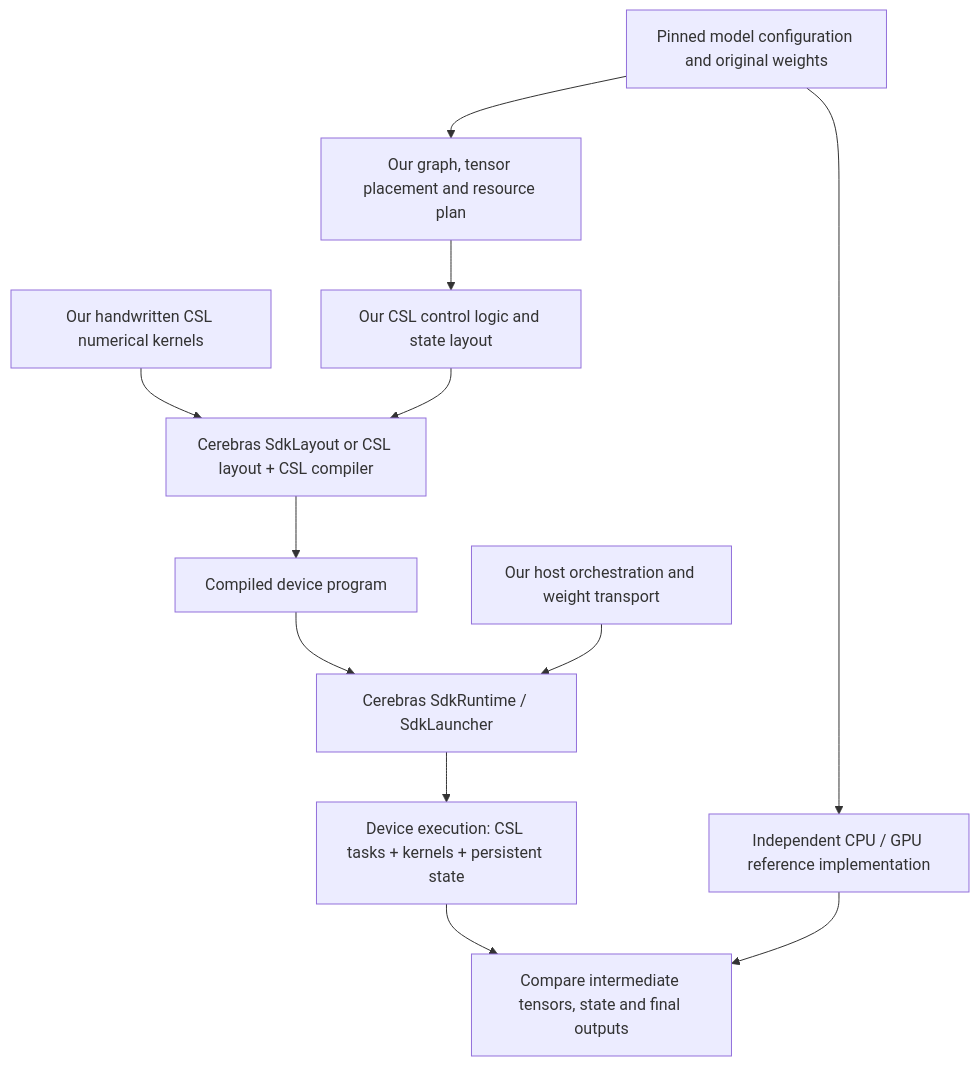
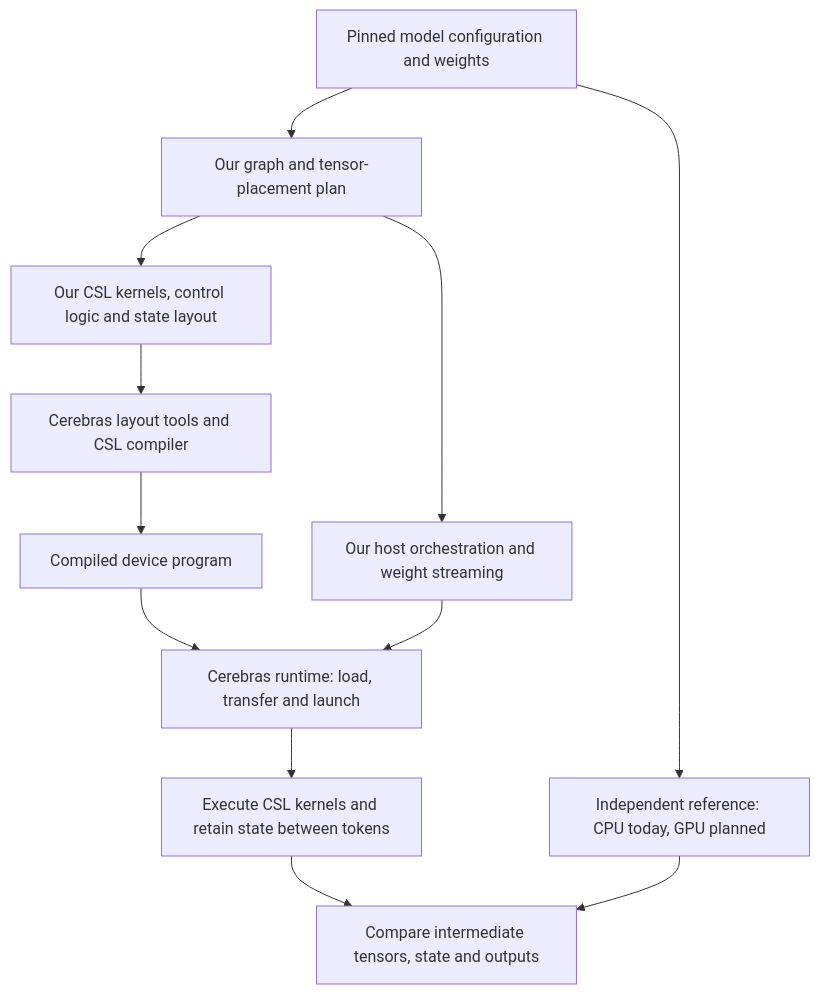
One commit to lingzhi227/csl-llm-sdk changed the diagram in README.md. Above: the diagram before and after it, drawn with Mermaid. The commit also changed other lines of this file and 3 other files, not shown here.

````diff
--- a/README.md
+++ b/README.md
@@ -9,14 +11,14 @@
 ```mermaid
 flowchart TB
-    Model["Pinned model configuration and original weights"] --> Plan["Our graph, tensor placement and resource plan"]
-    Kernels["Our handwritten CSL numerical kernels"] --> Build
-    Plan --> Control["Our CSL control logic and state layout"]
-    Control --> Build["Cerebras SdkLayout or CSL layout + CSL compiler"]
-    Build --> Program["Compiled device program"]
-    Program --> Runtime["Cerebras SdkRuntime / SdkLauncher"]
-    Host["Our host orchestration and weight transport"] --> Runtime
-    Runtime --> Execution["Device execution: CSL tasks + kernels + persistent state"]
-    Model --> Reference["Independent CPU / GPU reference implementation"]
-    Execution --> Validation["Compare intermediate tensors, state and final outputs"]
-    Reference --> Validation
+    Model["Pinned model configuration and weights"] --> Plan["Our graph and tensor-placement plan"]
+    Plan --> DeviceSource["Our CSL kernels, control logic and state layout"]
+    DeviceSource --> Compiler["Cerebras layout tools and CSL compiler"]
+    Compiler --> Binary["Compiled device program"]
+    Plan --> Host["Our host orchestration and weight streaming"]
+    Binary --> Runtime["Cerebras runtime: load, transfer and launch"]
+    Host --> Runtime
+    Runtime --> Execute["Execute CSL kernels and retain state between tokens"]
+    Model --> Reference["Independent reference: CPU today, GPU planned"]
+    Execute --> Compare["Compare intermediate tensors, state and outputs"]
+    Reference --> Compare
 ```
````
